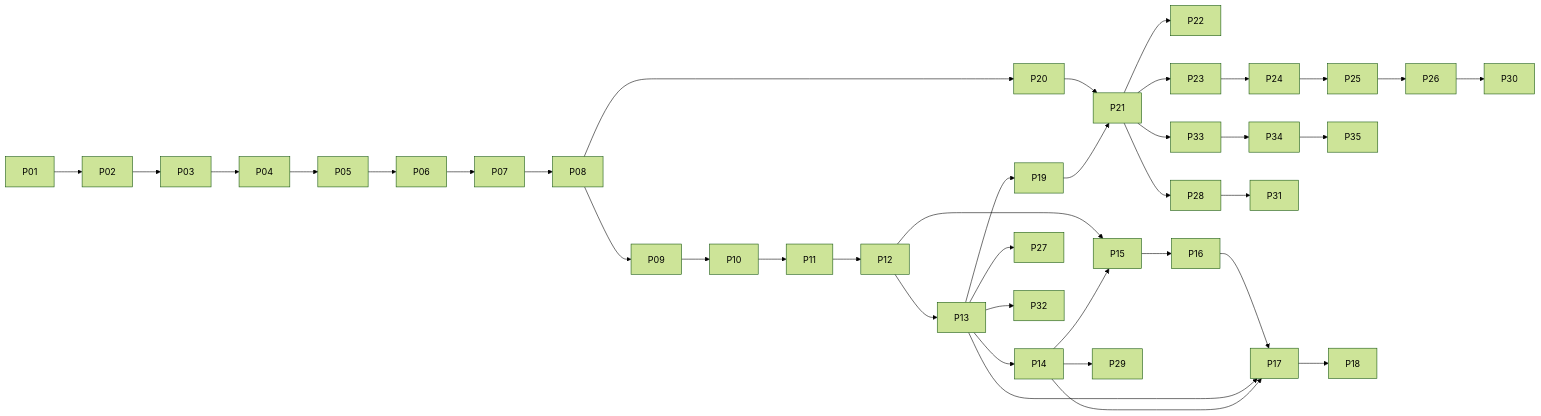
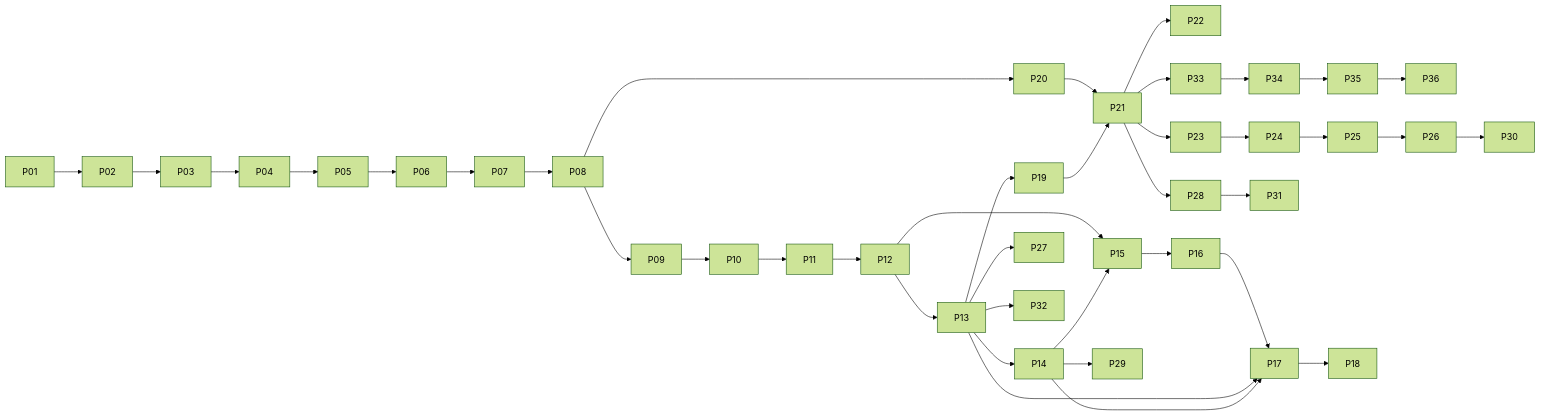
The diagram in docs/implementation-plan.md (takemo101/ambien), drawn with Mermaid (forest theme) before and after one commit. The commit also changed other lines of this file and 18 other files, not shown here.

````diff
--- a/docs/implementation-plan.md
+++ b/docs/implementation-plan.md
@@ -108,25 +108,26 @@
 ```mermaid
 flowchart LR
  P01 --> P02 --> P03 --> P04 --> P05 --> P06 --> P07 --> P08 --> P09 --> P10 --> P11 --> P12 --> P13 --> P14
  P12 --> P15
  P13 --> P19
  P08 --> P20
  P20 --> P21
  P19 --> P21
  P21 --> P22
  P21 --> P23
  P23 --> P24 --> P25
  P13 --> P27
  P21 --> P28
  P14 --> P29
  P21 --> P33
  P33 --> P34
  P34 --> P35
+ P35 --> P36
  P26 --> P30
  P28 --> P31
  P13 --> P32
  P25 --> P26
  P14 --> P15 --> P16 --> P17 --> P18
  P13 --> P17
  P14 --> P17
 ```
````
